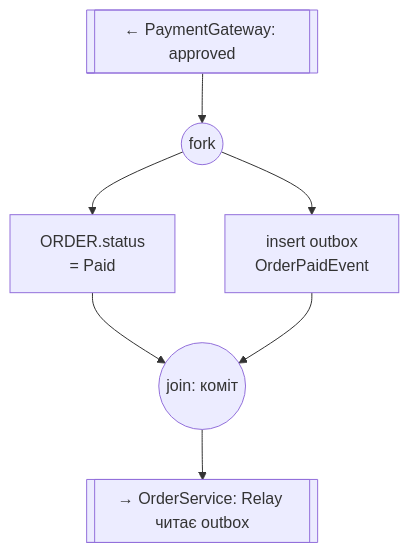
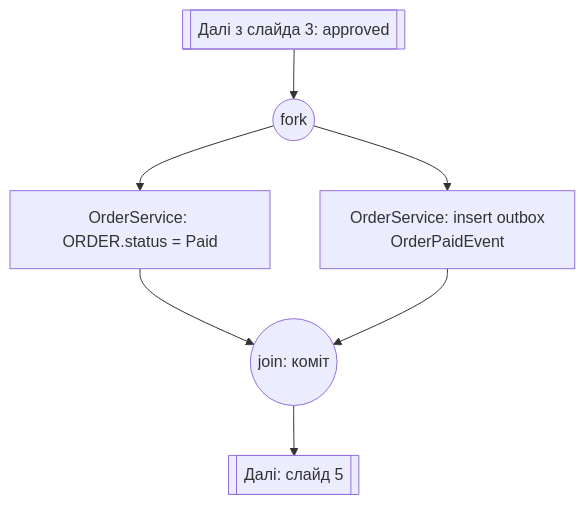
The fourth of 6 diagrams in task-4/activity.md (Stefect/Modeling-and-Analysis-of-Software-Requirements), drawn with Mermaid before and after one commit. The commit also changed other lines of this file and 3 other files, not shown here.

````diff
--- a/task-4/activity.md
+++ b/task-4/activity.md
@@ -65,9 +47,9 @@
 ```mermaid
 flowchart TB
-    P_ok[[← PaymentGateway: approved]] --> O5((fork))
-    O5 --> O6[ORDER.status<br/>= Paid]
-    O5 --> O7[insert outbox<br/>OrderPaidEvent]
-    O6 --> O8((join: коміт))
-    O7 --> O8
-    O8 --> O8out[[→ OrderService: Relay читає outbox]]
+    IN4[[Далі з слайда 3: approved]] --> F1((fork))
+    F1 --> O6[OrderService: ORDER.status = Paid]
+    F1 --> O7[OrderService: insert outbox<br/>OrderPaidEvent]
+    O6 --> J1((join: коміт))
+    O7 --> J1
+    J1 --> NEXT5[[Далі: слайд 5]]
 ```
````
